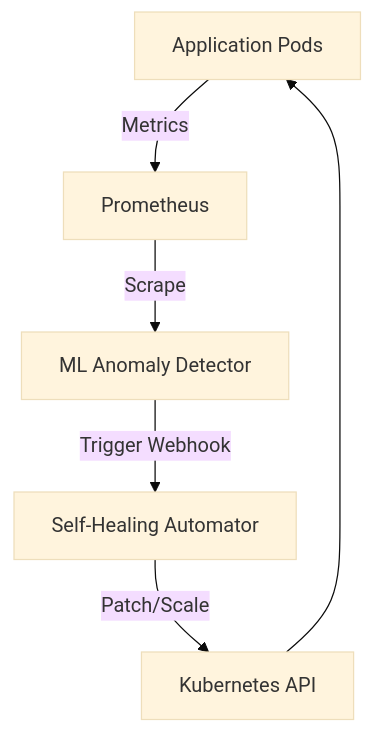
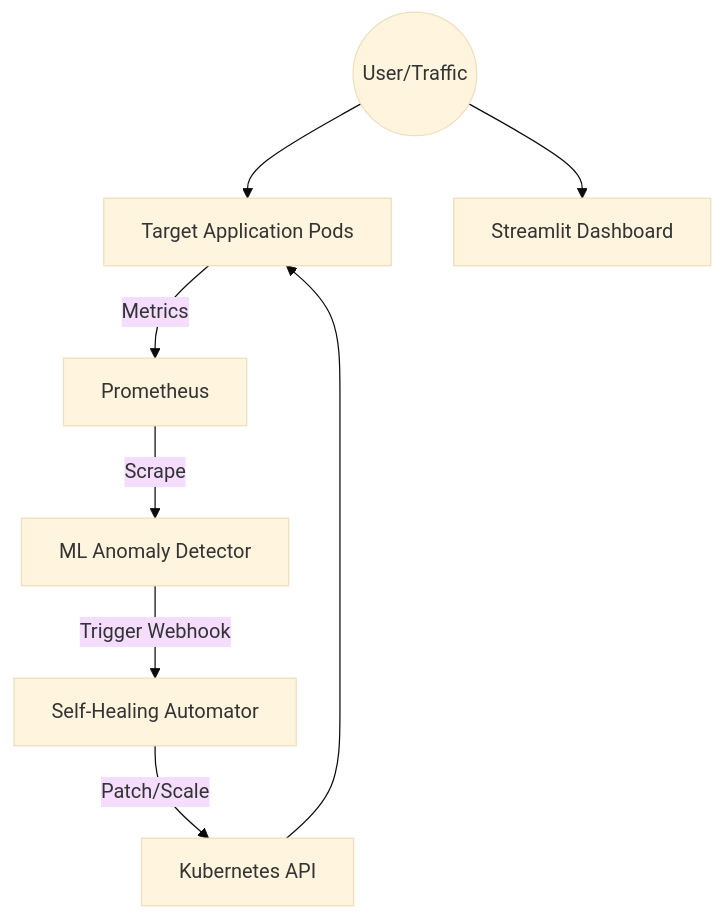
The diagram in README.md (ayeswar/self-healing-infra), drawn with Mermaid (base theme) before and after one commit. The commit also changed other lines of this file, not shown here.

Commit message:
Update README with Streamlit and cloud instructions

````diff
--- a/README.md
+++ b/README.md
@@ -15,8 +20,11 @@
 ```mermaid
 flowchart TD
-    AppPod[Application Pods] -->|Metrics| Prom[Prometheus]
+    AppPod[Target Application Pods] -->|Metrics| Prom[Prometheus]
     Prom -->|Scrape| MLApp[ML Anomaly Detector]
     MLApp -->|Trigger Webhook| Healer[Self-Healing Automator]
     Healer -->|Patch/Scale| K8sAPI[Kubernetes API]
     K8sAPI --> AppPod
+    
+    User((User/Traffic)) --> AppPod
+    User --> Streamlit[Streamlit Dashboard]
 ```
````
